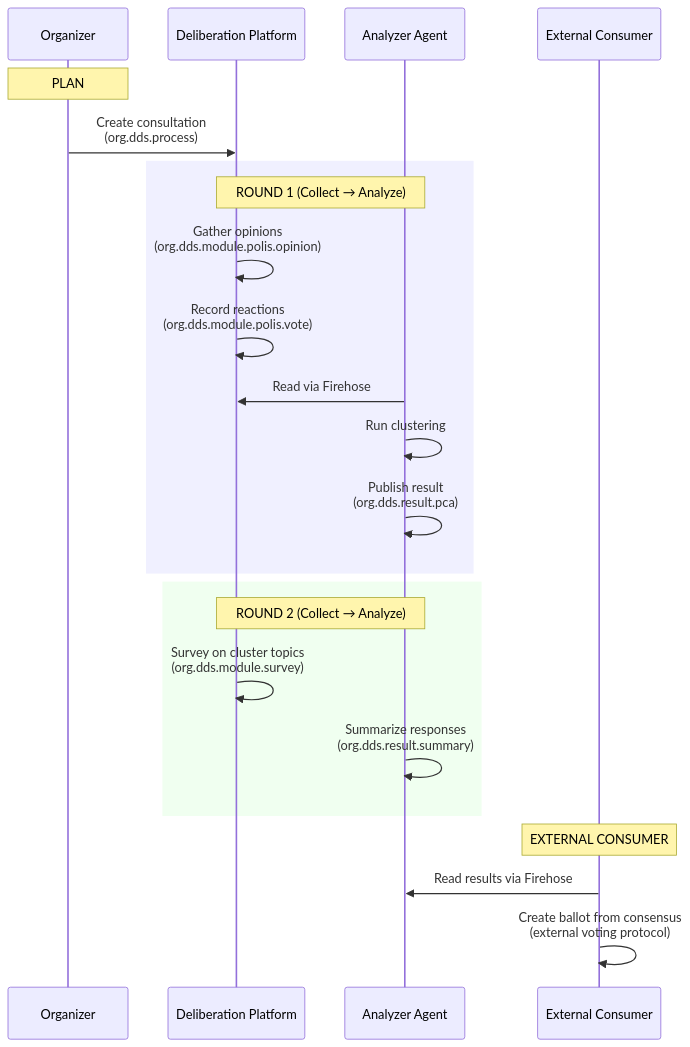
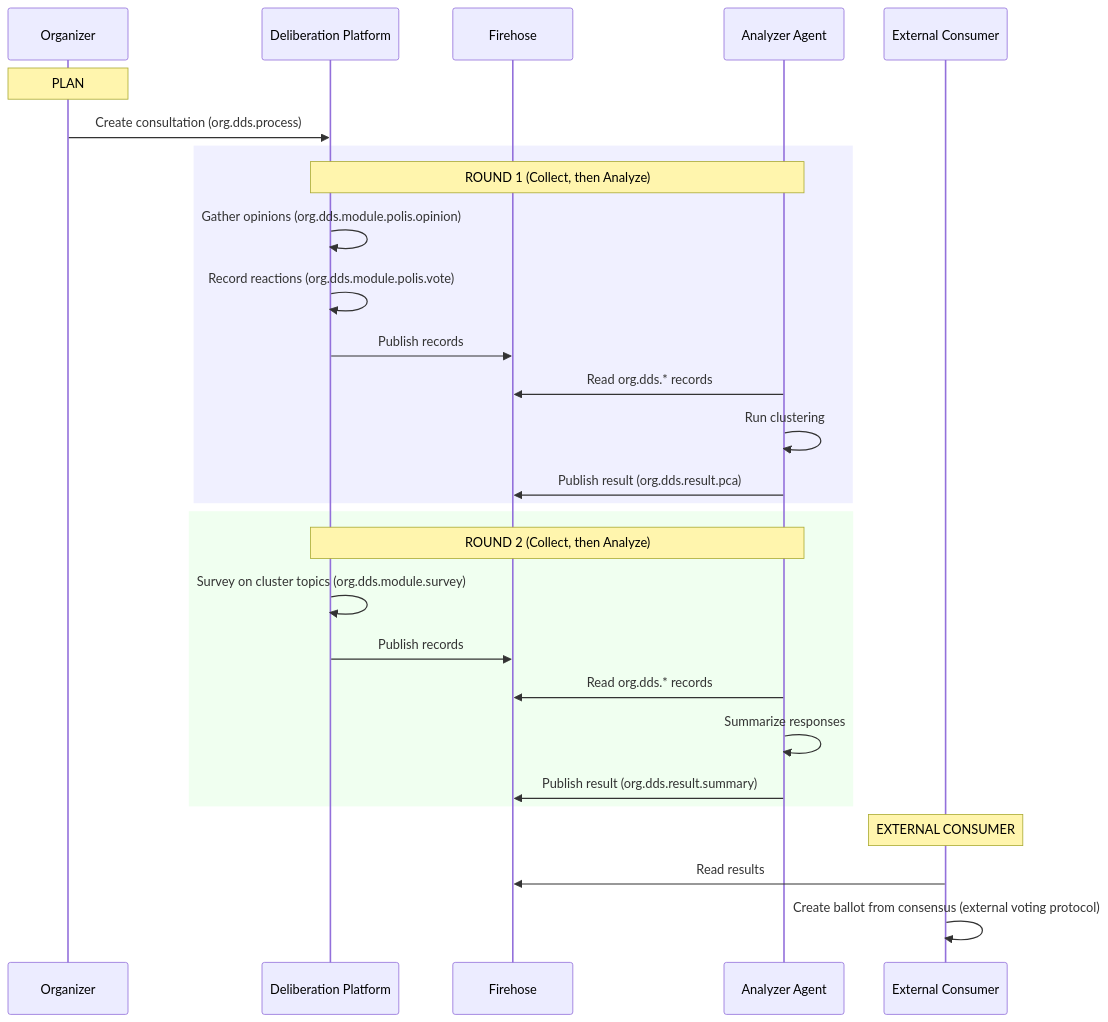
The second of 3 diagrams in spec/dds-protocol.md (dds-wg/dds), drawn with Mermaid before and after one commit. The commit also changed other lines of this file and 5 other files, not shown here.

First line of the commit message:
fix: update mermaid diagrams to match spec, add new diagrams and tests

````diff
--- a/spec/dds-protocol.md
+++ b/spec/dds-protocol.md
@@ -134,29 +129,34 @@
 ```mermaid
 sequenceDiagram
     participant Org as Organizer
     participant Delib as Deliberation Platform
+    participant FH as Firehose
     participant Analyzer as Analyzer Agent
     participant Ext as External Consumer
 
     Note over Org: PLAN
-    Org->>Delib: Create consultation<br/>(org.dds.process)
+    Org->>Delib: Create consultation (org.dds.process)
 
     rect rgb(240, 240, 255)
-    Note over Delib,Analyzer: ROUND 1 (Collect → Analyze)
-    Delib->>Delib: Gather opinions<br/>(org.dds.module.polis.opinion)
-    Delib->>Delib: Record reactions<br/>(org.dds.module.polis.vote)
-    Analyzer->>Delib: Read via Firehose
+    Note over Delib,Analyzer: ROUND 1 (Collect, then Analyze)
+    Delib->>Delib: Gather opinions (org.dds.module.polis.opinion)
+    Delib->>Delib: Record reactions (org.dds.module.polis.vote)
+    Delib->>FH: Publish records
+    Analyzer->>FH: Read org.dds.* records
     Analyzer->>Analyzer: Run clustering
-    Analyzer->>Analyzer: Publish result<br/>(org.dds.result.pca)
+    Analyzer->>FH: Publish result (org.dds.result.pca)
     end
 
     rect rgb(240, 255, 240)
-    Note over Delib,Analyzer: ROUND 2 (Collect → Analyze)
-    Delib->>Delib: Survey on cluster topics<br/>(org.dds.module.survey)
-    Analyzer->>Analyzer: Summarize responses<br/>(org.dds.result.summary)
+    Note over Delib,Analyzer: ROUND 2 (Collect, then Analyze)
+    Delib->>Delib: Survey on cluster topics (org.dds.module.survey)
+    Delib->>FH: Publish records
+    Analyzer->>FH: Read org.dds.* records
+    Analyzer->>Analyzer: Summarize responses
+    Analyzer->>FH: Publish result (org.dds.result.summary)
     end
 
     Note over Ext: EXTERNAL CONSUMER
-    Ext->>Analyzer: Read results via Firehose
-    Ext->>Ext: Create ballot from consensus<br/>(external voting protocol)
+    Ext->>FH: Read results
+    Ext->>Ext: Create ballot from consensus (external voting protocol)
 ```
````
